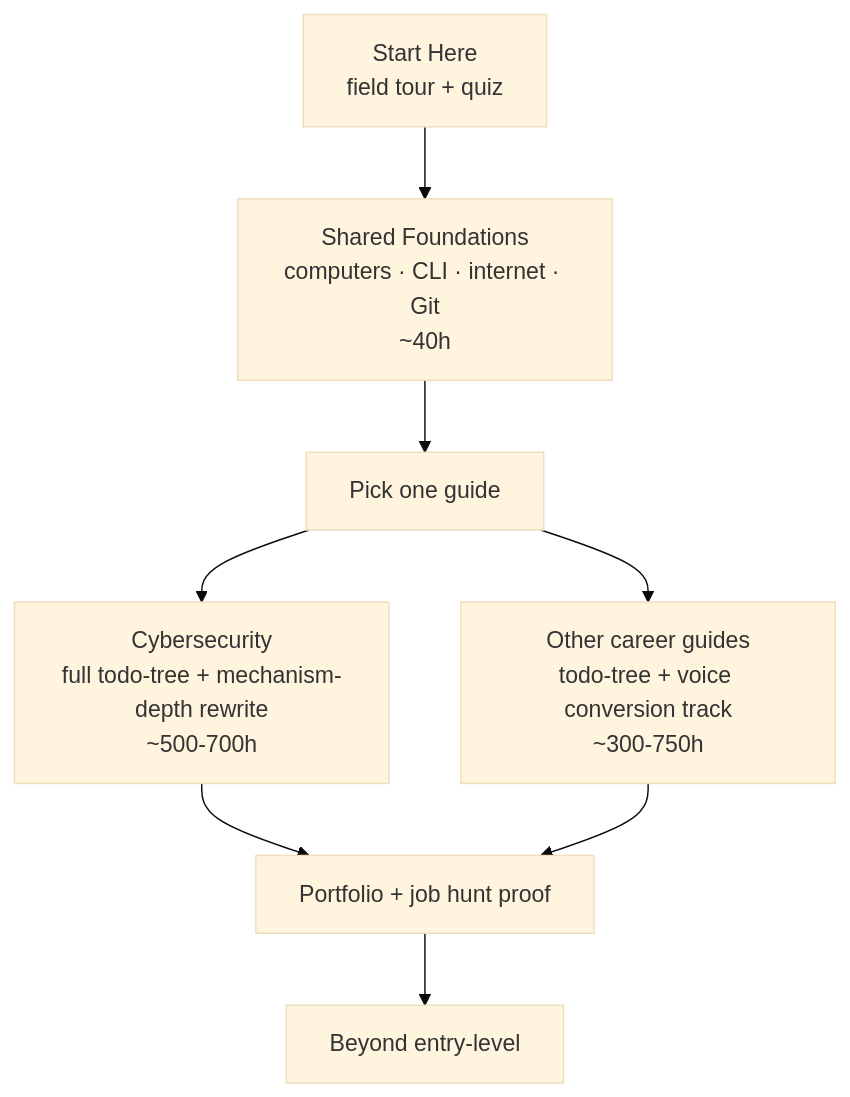
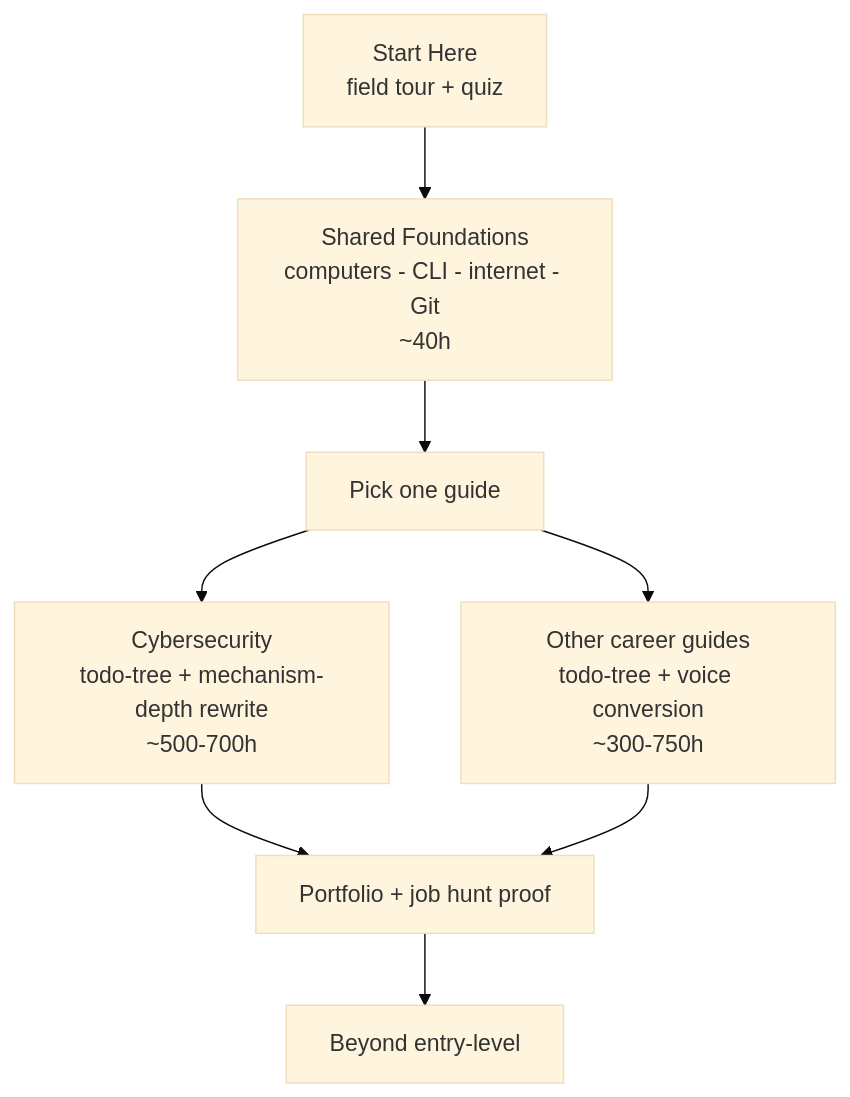
Before and after one commit to Kuuhakumu/project-87121gt626vsdfac: the diagram in README.md, drawn with Mermaid (base theme). The commit also changed other lines of this file and 87 other files, not shown here.

Commit message:
Refactor README and related documents for clarity and accessibility; update language to be more casual and engaging, while maintaining essential information about IT career paths, quiz instructions, and field descriptions.

````diff
--- a/README.md
+++ b/README.md
@@ -28,10 +29,10 @@
 ```mermaid
 graph TD
-    A[Start Here<br/>field tour + quiz] --> B[Shared Foundations<br/>computers · CLI · internet · Git<br/>~40h]
+    A[Start Here<br/>field tour + quiz] --> B[Shared Foundations<br/>computers - CLI - internet - Git<br/>~40h]
     B --> C[Pick one guide]
-    C --> D[Cybersecurity<br/>full todo-tree + mechanism-depth rewrite<br/>~500-700h]
-    C --> E[Other career guides<br/>todo-tree + voice conversion track<br/>~300-750h]
+    C --> D[Cybersecurity<br/>todo-tree + mechanism-depth rewrite<br/>~500-700h]
+    C --> E[Other career guides<br/>todo-tree + voice conversion<br/>~300-750h]
     D --> F[Portfolio + job hunt proof]
     E --> F
     F --> G[Beyond entry-level]
 ```
````
